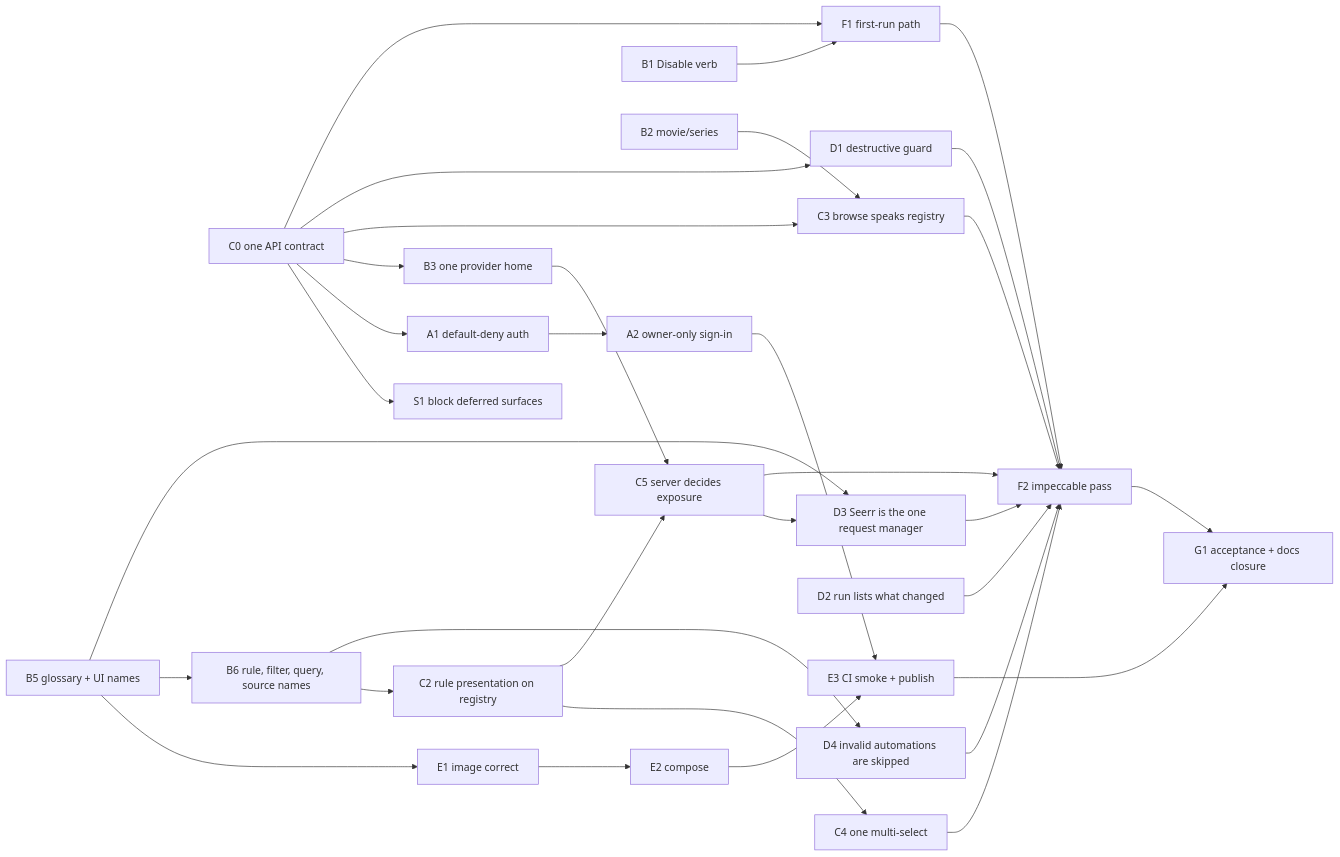
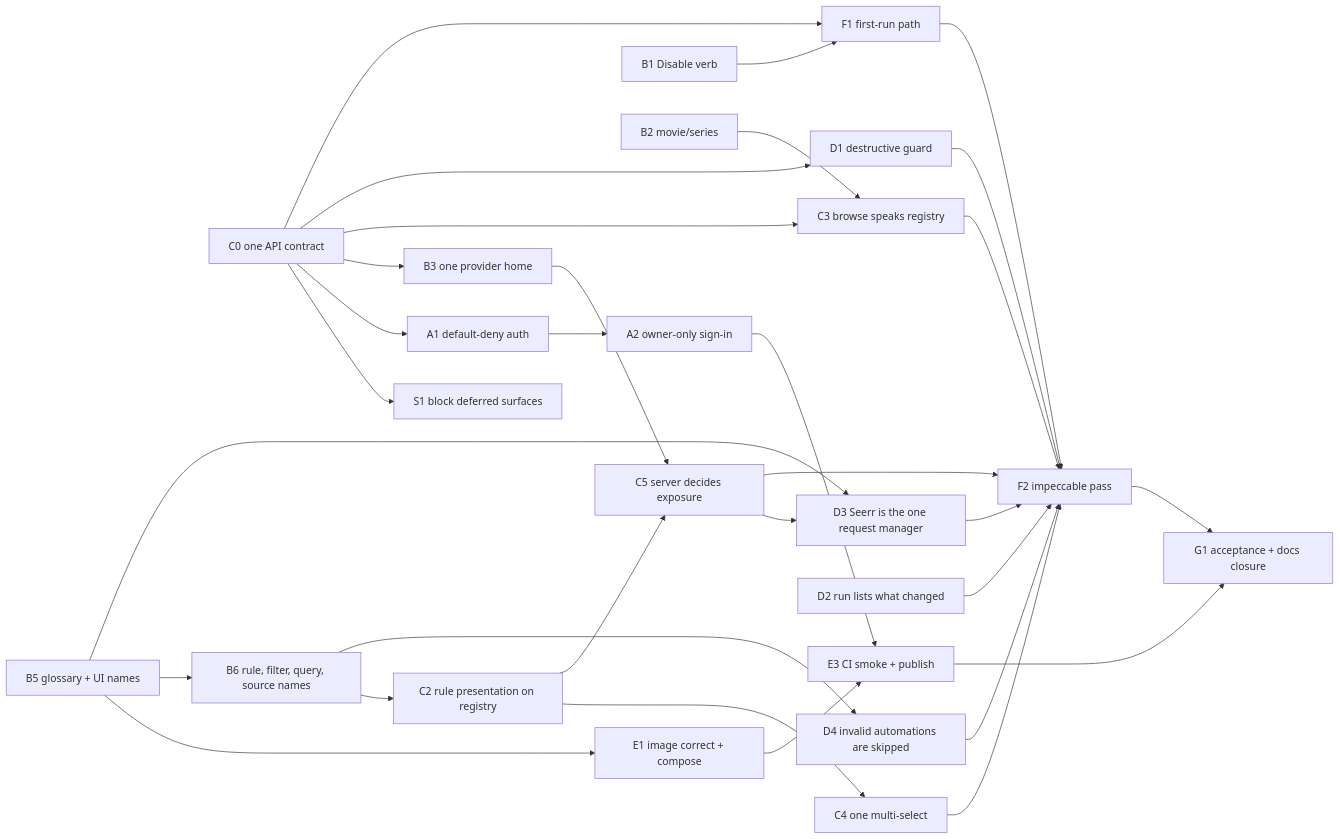
One commit to nokternol/warden changed the diagram in docs/in_progress/mvp/plan.md. Above: the diagram before and after it, drawn with Mermaid. The commit also changed other lines of this file and 13 other files, not shown here.

First line of the commit message:
E1 · The image is correct (#182)

````diff
--- a/docs/in_progress/mvp/plan.md
+++ b/docs/in_progress/mvp/plan.md
@@ -252,24 +253,24 @@
 ```mermaid
 flowchart LR
   C0[C0 one API contract] --> S1[S1 block deferred surfaces]
   C0 --> A1[A1 default-deny auth]
   C0 --> B3[B3 one provider home]
   A1 --> A2[A2 owner-only sign-in]
   B1[B1 Disable verb] --> F1[F1 first-run path]
   B2[B2 movie/series] --> C3[C3 browse speaks registry]
   B5[B5 glossary + UI names] --> E1
   B5 --> B6[B6 rule, filter, query, source names]
   B6 --> C2[C2 rule presentation on registry]
   B6 --> D4[D4 invalid automations are skipped]
   C0 --> C3
   C0 --> D1[D1 destructive guard]
   C0 --> F1
   C2 --> C4[C4 one multi-select]
   C2 & B3 --> C5[C5 server decides exposure]
   D2[D2 run lists what changed]
   B5 & C5 --> D3[D3 Seerr is the one request manager]
-  E1[E1 image correct] --> E2[E2 compose] --> E3[E3 CI smoke + publish]
+  E1[E1 image correct + compose] --> E3[E3 CI smoke + publish]
   A2 --> E3
   C3 & C4 & C5 & D1 & D2 & D3 & D4 & F1 --> F2[F2 impeccable pass]
   F2 & E3 --> G1[G1 acceptance + docs closure]
 ```
````
